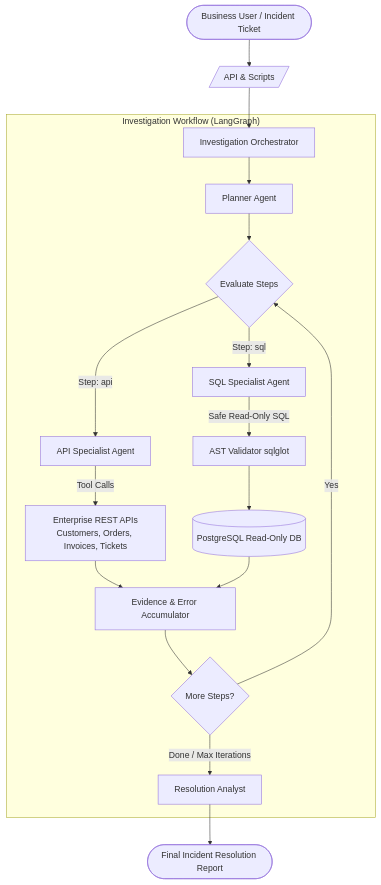
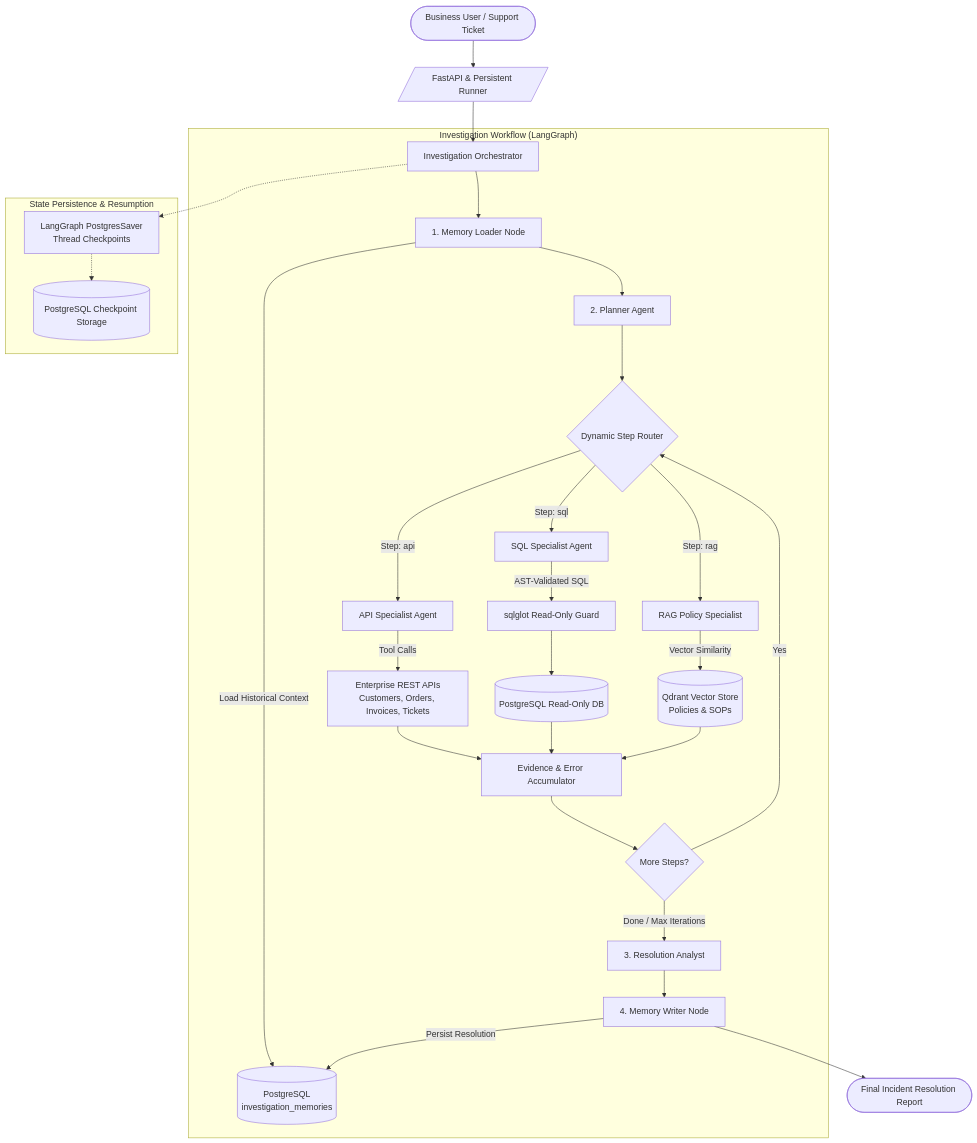
The diagram in README.md (zainexperience2005/Enterprise-Operations-AI-Platform), drawn with Mermaid before and after one commit. The commit also changed other lines of this file and 12 other files, not shown here.

Commit message:
feat(orchestrator): add detailed workflow documentation, episodic memory, and updated architecture guide

````diff
--- a/README.md
+++ b/README.md
@@ -17,26 +18,40 @@
 ```mermaid
 graph TD
-    User([Business User / Incident Ticket]) --> Router[/API & Scripts/]
-    Router --> Orchestrator[Investigation Orchestrator]
+    User([Business User / Support Ticket]) --> Runner[/FastAPI & Persistent Runner/]
+    Runner --> Orchestrator[Investigation Orchestrator]
 
     subgraph "Investigation Workflow (LangGraph)"
-        Orchestrator --> Planner[Planner Agent]
-        Planner --> PlanCheck{Evaluate Steps}
+        Orchestrator --> MemLoader[1. Memory Loader Node]
+        MemLoader -->|Load Historical Context| DBMem[(PostgreSQL<br/>investigation_memories)]
+        MemLoader --> Planner[2. Planner Agent]
 
-        PlanCheck -->|Step: api| APISpecialist[API Specialist Agent]
-        PlanCheck -->|Step: sql| SQLSpecialist[SQL Specialist Agent]
+        Planner --> RouteCheck{Dynamic Step Router}
+
+        RouteCheck -->|Step: api| APISpecialist[API Specialist Agent]
+        RouteCheck -->|Step: sql| SQLSpecialist[SQL Specialist Agent]
+        RouteCheck -->|Step: rag| RAGSpecialist[RAG Policy Specialist]
 
         APISpecialist -->|Tool Calls| EnterpriseAPI[Enterprise REST APIs<br/>Customers, Orders, Invoices, Tickets]
-        SQLSpecialist -->|Safe Read-Only SQL| SQLGuard[AST Validator sqlglot]
+        SQLSpecialist -->|AST-Validated SQL| SQLGuard[sqlglot Read-Only Guard]
         SQLGuard --> ReadOnlyDB[(PostgreSQL Read-Only DB)]
+        RAGSpecialist -->|Vector Similarity| QdrantDB[(Qdrant Vector Store<br/>Policies & SOPs)]
 
         EnterpriseAPI --> Accumulator[Evidence & Error Accumulator]
         ReadOnlyDB --> Accumulator
+        QdrantDB --> Accumulator
 
         Accumulator --> MoreSteps{More Steps?}
-        MoreSteps -->|Yes| PlanCheck
-        MoreSteps -->|Done / Max Iterations| ResolutionAnalyst[Resolution Analyst]
+        MoreSteps -->|Yes| RouteCheck
+        MoreSteps -->|Done / Max Iterations| Resolution[3. Resolution Analyst]
+
+        Resolution --> MemWriter[4. Memory Writer Node]
+        MemWriter -->|Persist Resolution| DBMem
     end
 
-    ResolutionAnalyst --> Output([Final Incident Resolution Report])
+    subgraph "State Persistence & Resumption"
+        Orchestrator -.-> Checkpointer[LangGraph PostgresSaver<br/>Thread Checkpoints]
+        Checkpointer -.-> CheckpointDB[(PostgreSQL Checkpoint Storage)]
+    end
+
+    MemWriter --> Output([Final Incident Resolution Report])
 ```
````
